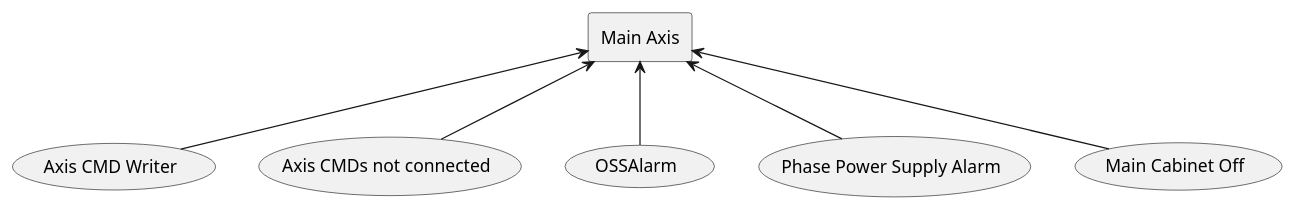
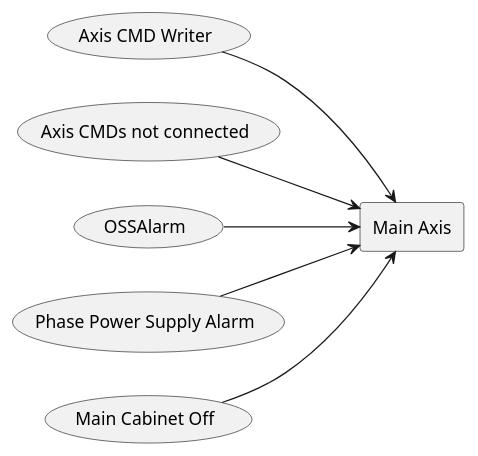
One commit to lsst-ts/ts_tma_tma-documentation_tma-faults changed the tenth of 18 diagrams in README.md. Above: the diagram before and after it, drawn with PlantUML. The commit also changed other lines of this file, not shown here.

Commit message:
refactor: change the diagrams to be left to right instead of top to bottom

````diff
--- a/README.md
+++ b/README.md
@@ -692,21 +700,22 @@
 ```plantuml
 @startuml
+left to right direction
 rectangle "Main Axis" as MainAxis
 usecase "Axis CMD Writer" as AxisCMDWriter
 
-AxisCMDWriter -u-> MainAxis
+AxisCMDWriter --> MainAxis
 usecase "Axis CMDs not connected" as AxisCMDsnotconnected
 
-AxisCMDsnotconnected -u-> MainAxis
+AxisCMDsnotconnected --> MainAxis
 usecase "OSSAlarm" as OSSAlarm
 
-OSSAlarm -u-> MainAxis
+OSSAlarm --> MainAxis
 usecase "Phase Power Supply Alarm" as PhasePowerSupplyAlarm
 
-PhasePowerSupplyAlarm -u-> MainAxis
+PhasePowerSupplyAlarm --> MainAxis
 usecase "Main Cabinet Off" as MainCabinetOff
 
-MainCabinetOff -u-> MainAxis
+MainCabinetOff --> MainAxis
 
 @enduml
 ```
````
